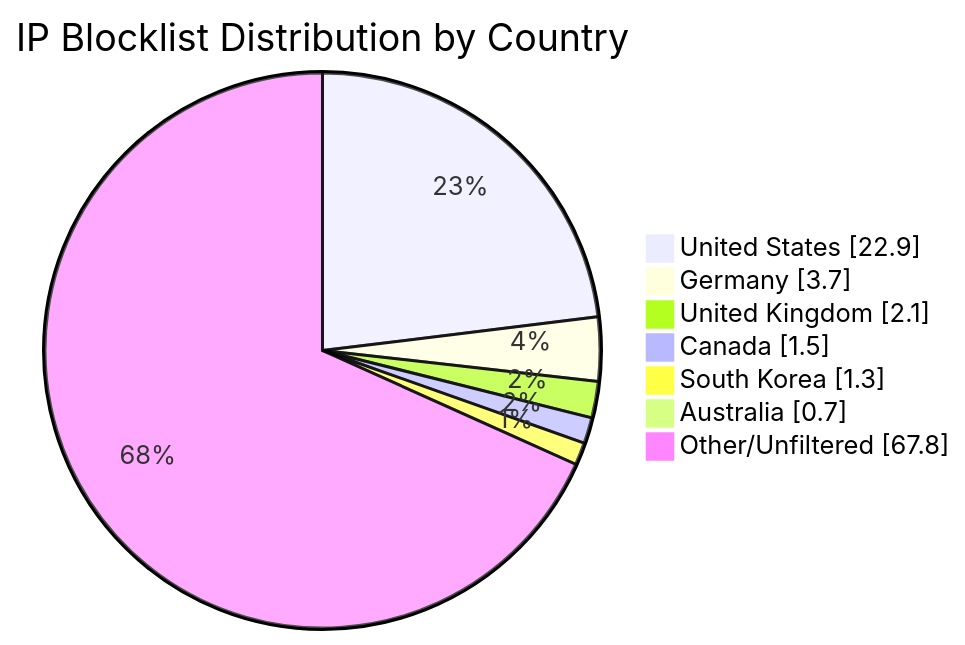
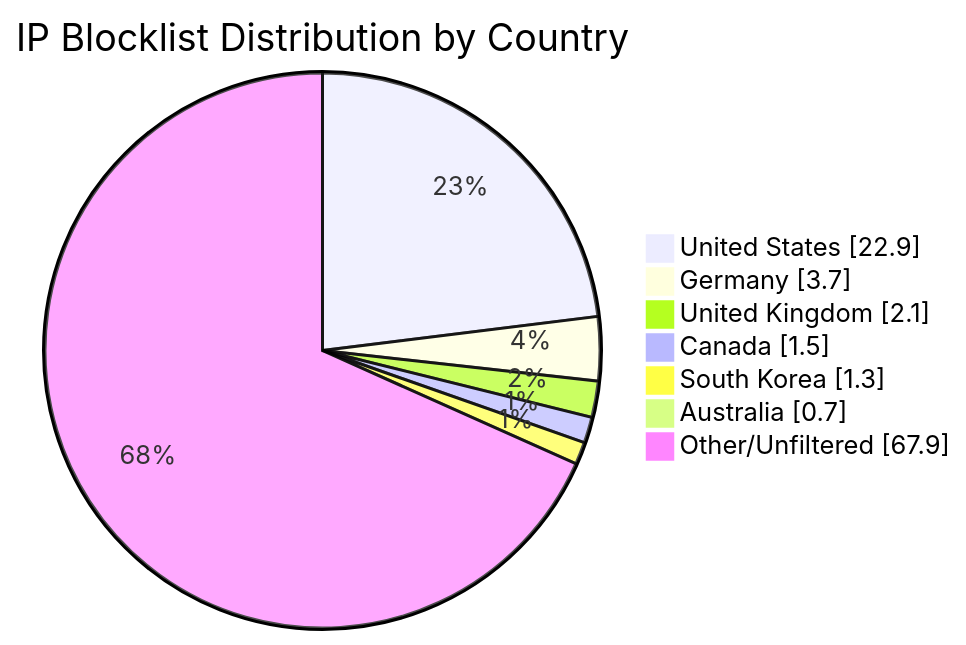
Before and after one commit to MarcusHoltz/ipblocklist-geofiltered-aggregator: the diagram in README.md, drawn with Mermaid. The commit also changed other lines of this file and 9 other files, not shown here.

````diff
--- a/README.md
+++ b/README.md
@@ -34,10 +34,10 @@
 ```mermaid
 pie showData title IP Blocklist Distribution by Country
 "United States" : 22.9
 "Germany" : 3.7
 "United Kingdom" : 2.1
 "Canada" : 1.5
 "South Korea" : 1.3
 "Australia" : 0.7
-"Other/Unfiltered" : 67.8
+"Other/Unfiltered" : 67.9
 ```
````
